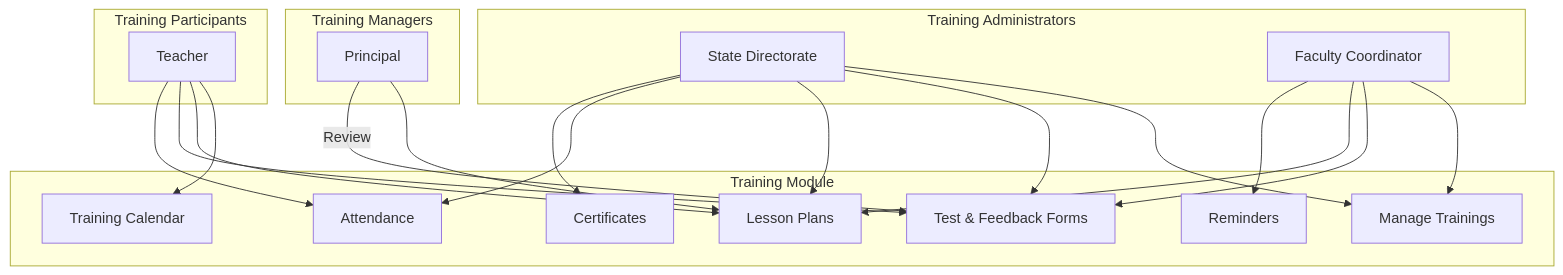
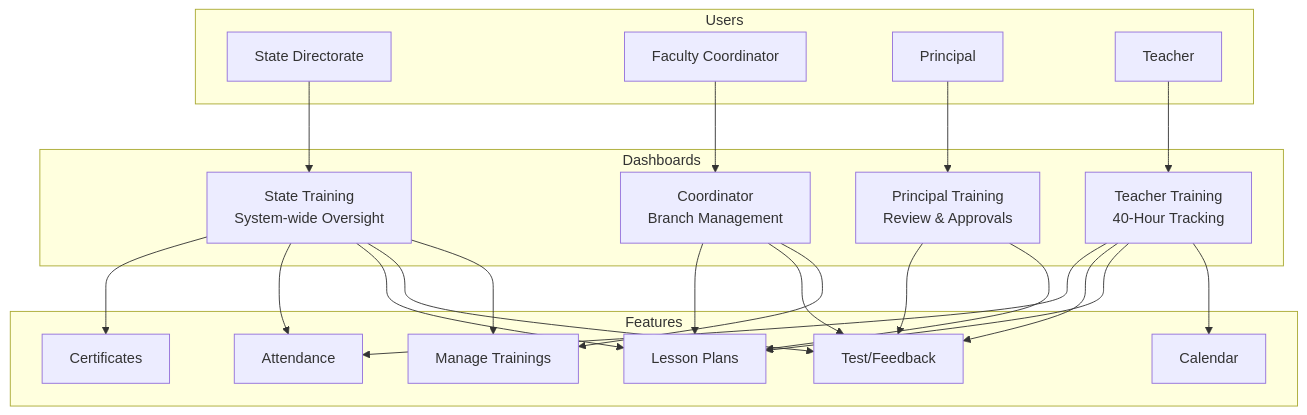
The first of 49 diagrams in TRAINING_CALENDAR_FLOW_DIAGRAMS.md (gunjangupta-gh/placeintern), drawn with Mermaid before and after one commit. The commit also changed other lines of this file and 6 other files, not shown here.

````diff
--- a/TRAINING_CALENDAR_FLOW_DIAGRAMS.md
+++ b/TRAINING_CALENDAR_FLOW_DIAGRAMS.md
@@ -24,44 +6,31 @@
 ```mermaid
-flowchart TB
-    subgraph Admins["Training Administrators"]
-        STATE[State Directorate]
-        COORD[Faculty Coordinator]
+flowchart TD
+    subgraph U["Users"]
+        SD[State Directorate]
+        FC[Faculty Coordinator]
+        PR[Principal]
+        TE[Teacher]
     end
-
-    subgraph Managers["Training Managers"]
-        PRINCIPAL[Principal]
+    subgraph D["Dashboards"]
+        SDD["State Training<br/>System-wide Oversight"]
+        FCD["Coordinator<br/>Branch Management"]
+        PRD["Principal Training<br/>Review & Approvals"]
+        TED["Teacher Training<br/>40-Hour Tracking"]
     end
-
-    subgraph Participants["Training Participants"]
-        TEACHER[Teacher]
+    subgraph F["Features"]
+        MG[Manage Trainings]
+        CA[Calendar]
+        FM[Test/Feedback]
+        LP[Lesson Plans]
+        AT[Attendance]
+        CT[Certificates]
     end
-
-    subgraph TrainingCore["Training Module"]
-        MANAGE[Manage Trainings]
-        CALENDAR[Training Calendar]
-        FORMS[Test & Feedback Forms]
-        LESSONS[Lesson Plans]
-        ATTEND[Attendance]
-        CERTS[Certificates]
-        REMIND[Reminders]
-    end
-
-    STATE --> MANAGE
-    STATE --> FORMS
-    STATE --> LESSONS
-    STATE --> ATTEND
-    STATE --> CERTS
-
-    COORD --> MANAGE
-    COORD --> FORMS
-    COORD --> LESSONS
-    COORD --> REMIND
-
-    PRINCIPAL --> LESSONS
-    PRINCIPAL --> |Review| FORMS
-
-    TEACHER --> CALENDAR
-    TEACHER --> LESSONS
-    TEACHER --> FORMS
-    TEACHER --> ATTEND
+    SD-->SDD
+    FC-->FCD
+    PR-->PRD
+    TE-->TED
+    SDD-->MG & FM & LP & AT & CT
+    FCD-->MG & FM & LP
+    PRD-->LP & FM
+    TED-->CA & LP & FM & AT
 ```
````
